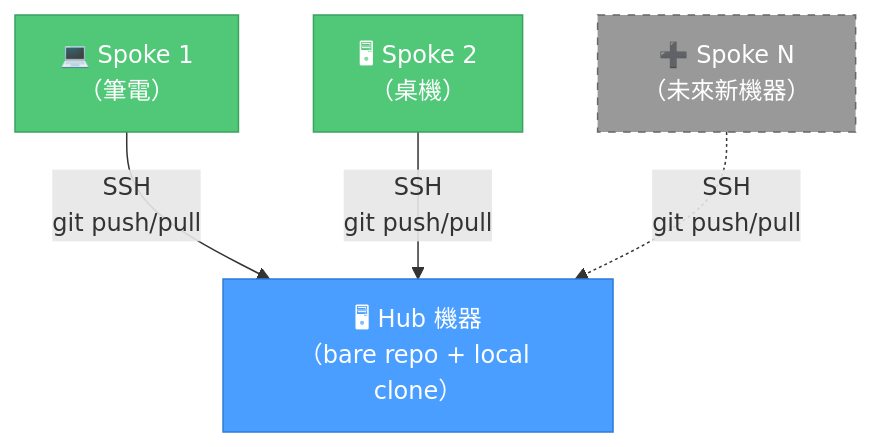
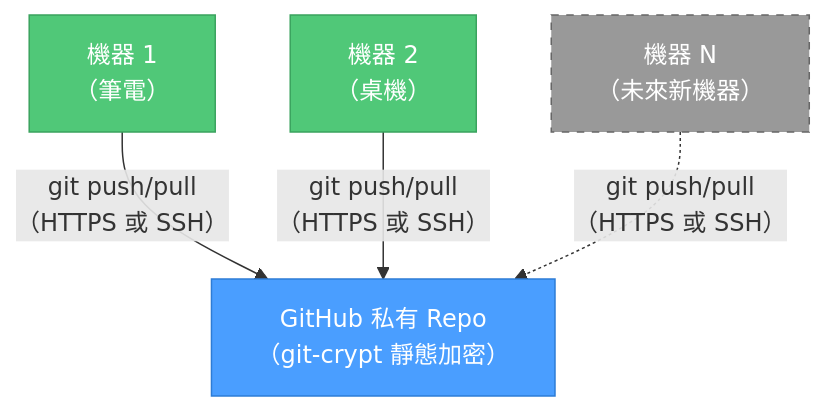
The diagram in README_zh.md (KerberosClaw/kc_claude_memory_sync), drawn with Mermaid before and after one commit. The commit also changed other lines of this file and 10 other files, not shown here.

Commit message:
Refactor: migrate from SSH hub-spoke to GitHub private repo + git-crypt

````diff
--- a/README_zh.md
+++ b/README_zh.md
@@ -26,16 +26,16 @@
 ```mermaid
 graph TD
-    Hub["🖥 Hub 機器<br/>（bare repo + local clone）"]
-    S1["💻 Spoke 1<br/>（筆電）"]
-    S2["🖥 Spoke 2<br/>（桌機）"]
-    SN["➕ Spoke N<br/>（未來新機器）"]
+    GH["GitHub 私有 Repo<br/>（git-crypt 靜態加密）"]
+    M1["機器 1<br/>（筆電）"]
+    M2["機器 2<br/>（桌機）"]
+    MN["機器 N<br/>（未來新機器）"]
 
-    S1 -- "SSH<br/>git push/pull" --> Hub
-    S2 -- "SSH<br/>git push/pull" --> Hub
-    SN -. "SSH<br/>git push/pull" .-> Hub
+    M1 -- "git push/pull<br/>（HTTPS 或 SSH）" --> GH
+    M2 -- "git push/pull<br/>（HTTPS 或 SSH）" --> GH
+    MN -. "git push/pull<br/>（HTTPS 或 SSH）" .-> GH
 
-    style Hub fill:#4a9eff,stroke:#2d7cd6,color:#fff
-    style S1 fill:#50c878,stroke:#3aa35e,color:#fff
-    style S2 fill:#50c878,stroke:#3aa35e,color:#fff
-    style SN fill:#999,stroke:#666,color:#fff,stroke-dasharray: 5 5
+    style GH fill:#4a9eff,stroke:#2d7cd6,color:#fff
+    style M1 fill:#50c878,stroke:#3aa35e,color:#fff
+    style M2 fill:#50c878,stroke:#3aa35e,color:#fff
+    style MN fill:#999,stroke:#666,color:#fff,stroke-dasharray: 5 5
 ```
````
